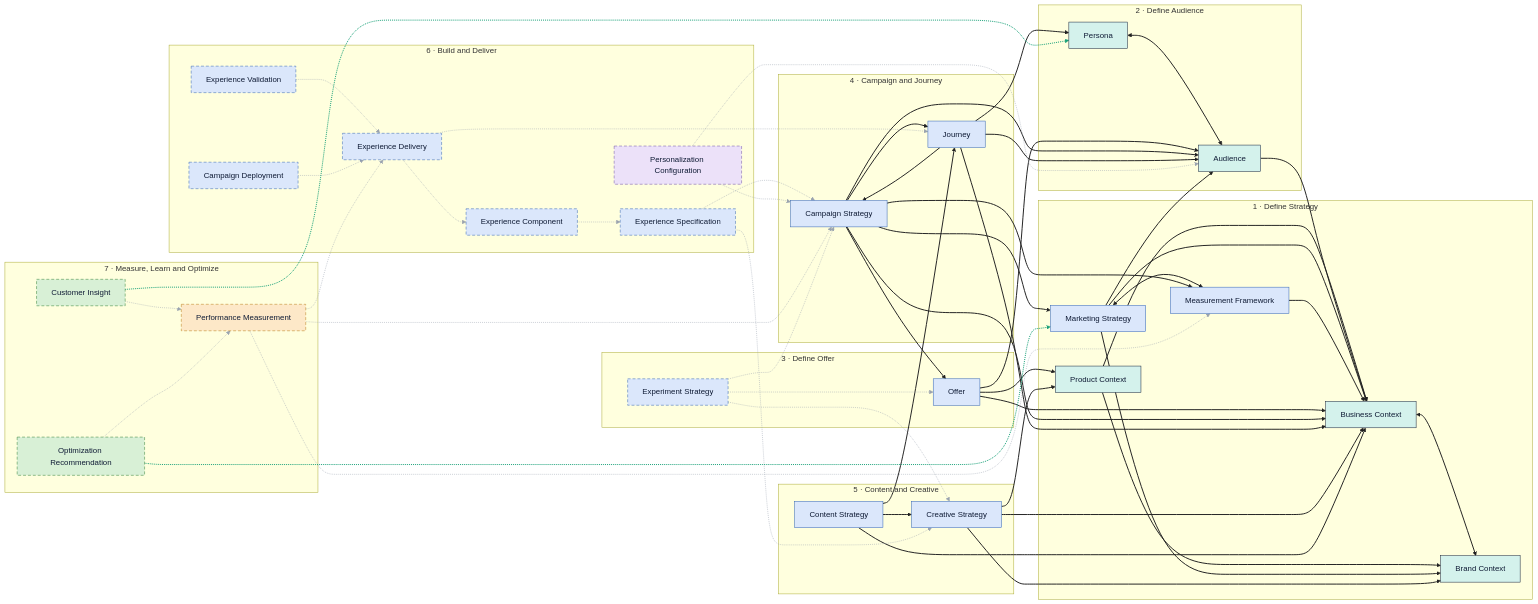
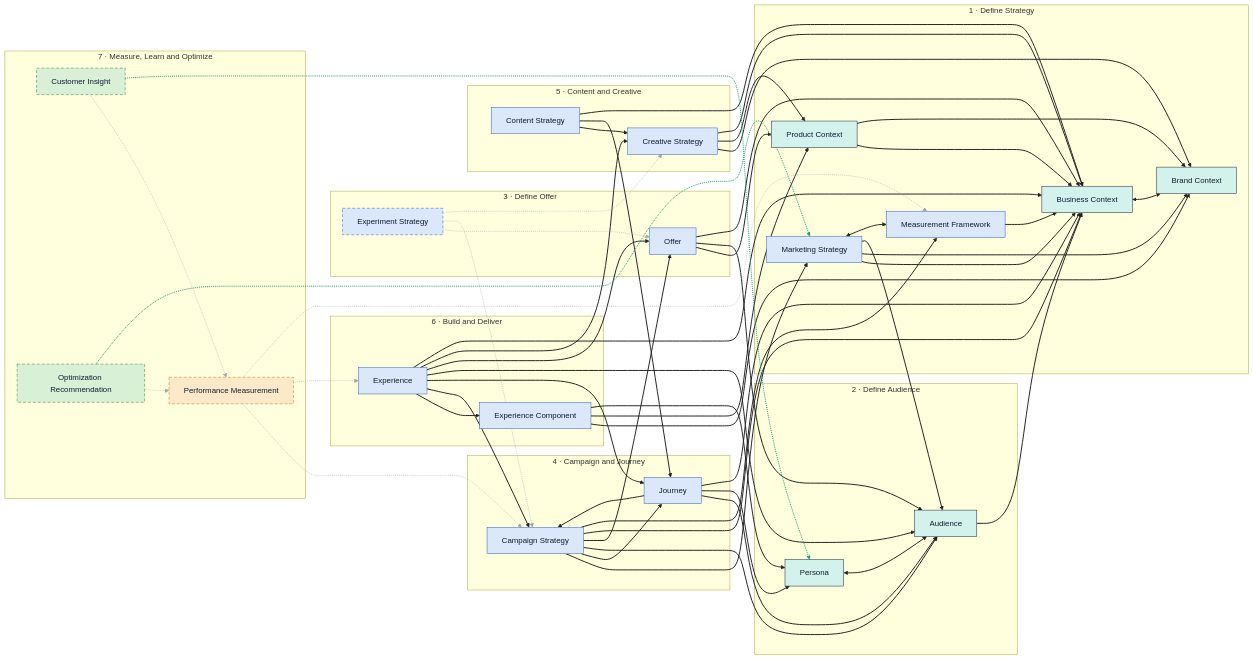
One commit to open-semantic-marketing-model/osmm changed the diagram in GRAPH.md. Above: the diagram before and after it, drawn with Mermaid. The commit also changed other lines of this file and 19 other files, not shown here.

First line of the commit message:
Milestone E: collapse Phase 6 into Experience + Experience Component (22 -> 18)

````diff
--- a/GRAPH.md
+++ b/GRAPH.md
@@ -58,12 +58,8 @@
     content_strategy["Content Strategy"]
   end
   subgraph p6["6 · Build and Deliver"]
-    experience_specification["Experience Specification"]
+    experience["Experience"]
     experience_component["Experience Component"]
-    personalization_configuration["Personalization Configuration"]
-    experience_delivery["Experience Delivery"]
-    experience_validation["Experience Validation"]
-    campaign_deployment["Campaign Deployment"]
   end
   subgraph p7["7 · Measure, Learn and Optimize"]
     performance_measurement["Performance Measurement"]
@@ -99,20 +95,21 @@
   content_strategy --> creative_strategy
   content_strategy --> journey
   content_strategy --> business_context
+  experience --> experience_component
+  experience --> campaign_strategy
+  experience --> journey
+  experience --> audience
+  experience --> offer
+  experience --> creative_strategy
+  experience --> business_context
+  experience_component --> brand_context
+  experience_component --> product_context
+  experience_component --> persona
   experiment_strategy -.-> offer
   experiment_strategy -.-> campaign_strategy
   experiment_strategy -.-> creative_strategy
-  experience_specification -.-> creative_strategy
-  experience_specification -.-> campaign_strategy
-  experience_component -.-> experience_specification
-  personalization_configuration -.-> campaign_strategy
-  personalization_configuration -.-> audience
-  experience_delivery -.-> experience_component
-  experience_delivery -.-> journey
-  experience_validation -.-> experience_delivery
-  campaign_deployment -.-> experience_delivery
   performance_measurement -.-> campaign_strategy
-  performance_measurement -.-> experience_delivery
+  performance_measurement -.-> experience
   performance_measurement -.-> measurement_framework
   customer_insight -.-> performance_measurement
   optimization_recommendation -.-> performance_measurement
@@ -125,12 +122,11 @@
   classDef learning fill:#d8f0d6,stroke:#2e7d32,color:#0f1b35;
   classDef backlog stroke-dasharray:6 4;
   class business_context,brand_context,product_context,persona,audience context;
-  class marketing_strategy,measurement_framework,offer,experiment_strategy,campaign_strategy,journey,creative_strategy,content_strategy,experience_specification,experience_component,experience_delivery,experience_validation,campaign_deployment workproduct;
-  class personalization_configuration configuration;
+  class marketing_strategy,measurement_framework,offer,experiment_strategy,campaign_strategy,journey,creative_strategy,content_strategy,experience,experience_component workproduct;
   class performance_measurement measurement;
   class customer_insight,optimization_recommendation learning;
-  class experiment_strategy,experience_specification,experience_component,personalization_configuration,experience_delivery,experience_validation,campaign_deployment,performance_measurement,customer_insight,optimization_recommendation backlog;
-  linkStyle 0,1,2,3,4,5,6,7,8,9,10,11,12,13,14,15,16,17,18,19,20,21,22,23,24,25,26,27,28 stroke:#222222,stroke-width:2px;
-  linkStyle 29,30,31,32,33,34,35,36,37,38,39,40,41,42,43,44,45 stroke:#9aa3af,stroke-width:1px;
-  linkStyle 46,47 stroke:#1aa179,stroke-width:2px;
+  class experiment_strategy,performance_measurement,customer_insight,optimization_recommendation backlog;
+  linkStyle 0,1,2,3,4,5,6,7,8,9,10,11,12,13,14,15,16,17,18,19,20,21,22,23,24,25,26,27,28,29,30,31,32,33,34,35,36,37,38 stroke:#222222,stroke-width:2px;
+  linkStyle 39,40,41,42,43,44,45,46 stroke:#9aa3af,stroke-width:1px;
+  linkStyle 47,48 stroke:#1aa179,stroke-width:2px;
 ```
````
